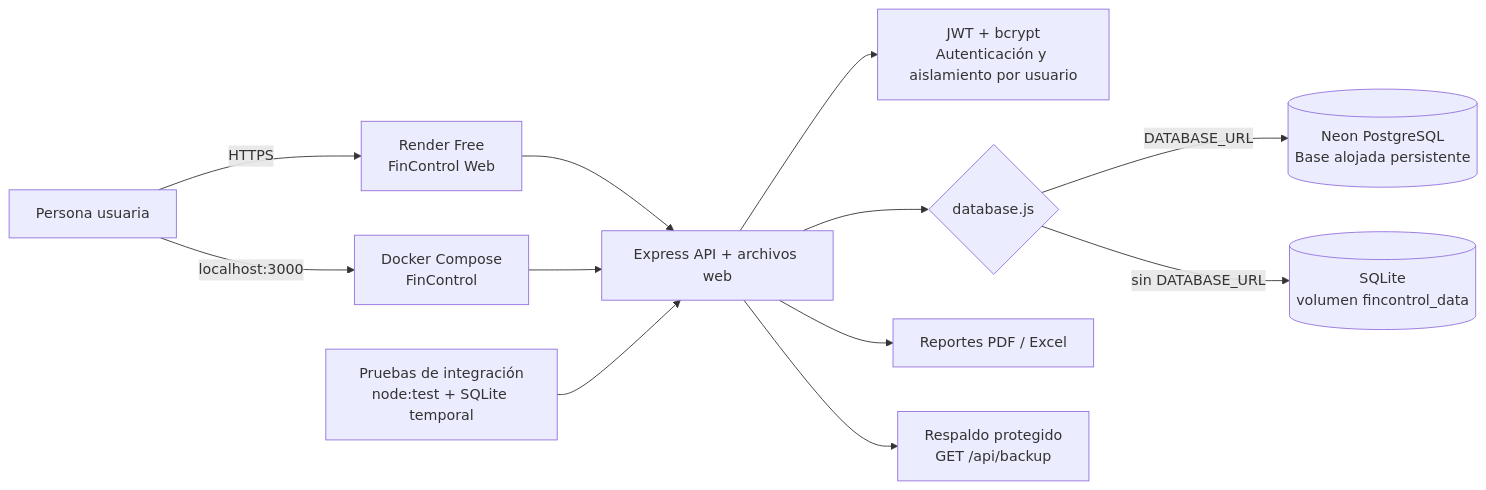
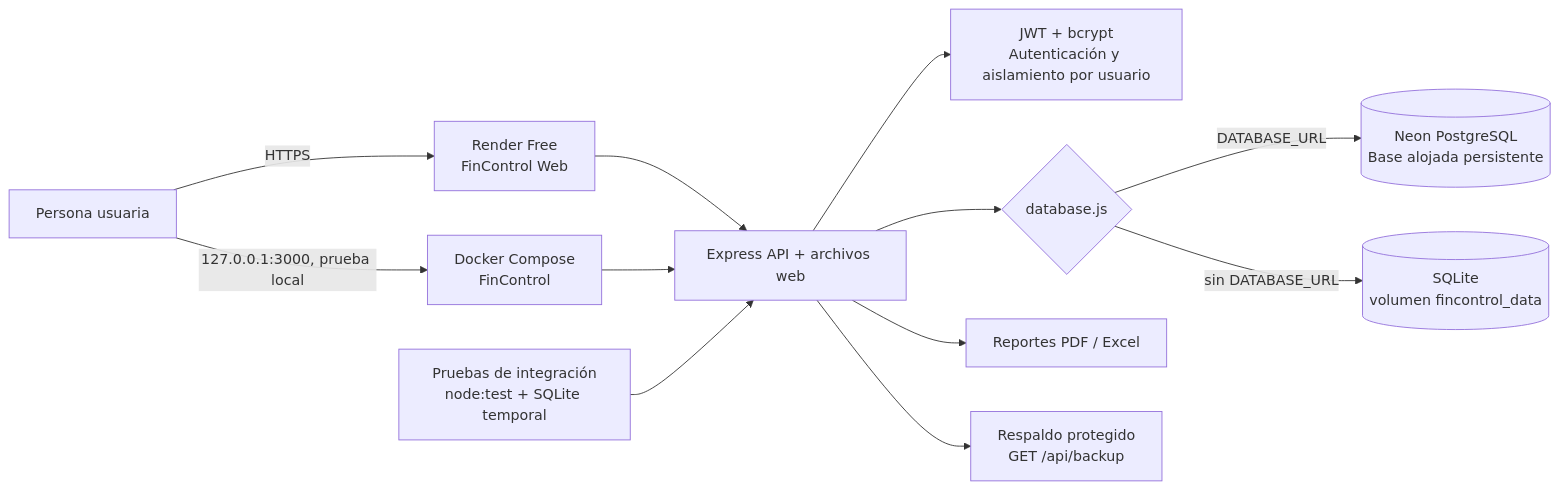
The diagram in docs/ARQUITECTURA.md (edwin2025andres-source/Proyecto-Gestion-de-gastos), drawn with Mermaid before and after one commit. The commit also changed 6 other files, not shown here.

````diff
--- a/docs/ARQUITECTURA.md
+++ b/docs/ARQUITECTURA.md
@@ -5,14 +5,14 @@
 ```mermaid
 flowchart LR
   U[Persona usuaria] -->|HTTPS| W[Render Free\nFinControl Web]
-  U -->|localhost:3000| D[Docker Compose\nFinControl]
+  U -->|127.0.0.1:3000, prueba local| D[Docker Compose\nFinControl]
   W --> S[Express API + archivos web]
   D --> S
   S --> A[JWT + bcrypt\nAutenticación y aislamiento por usuario]
   S --> Q{database.js}
   Q -->|DATABASE_URL| PG[(Neon PostgreSQL\nBase alojada persistente)]
   Q -->|sin DATABASE_URL| SQ[(SQLite\nvolumen fincontrol_data)]
   S --> E[Reportes PDF / Excel]
   S --> B[Respaldo protegido\nGET /api/backup]
   T[Pruebas de integración\nnode:test + SQLite temporal] --> S
 ```
````
